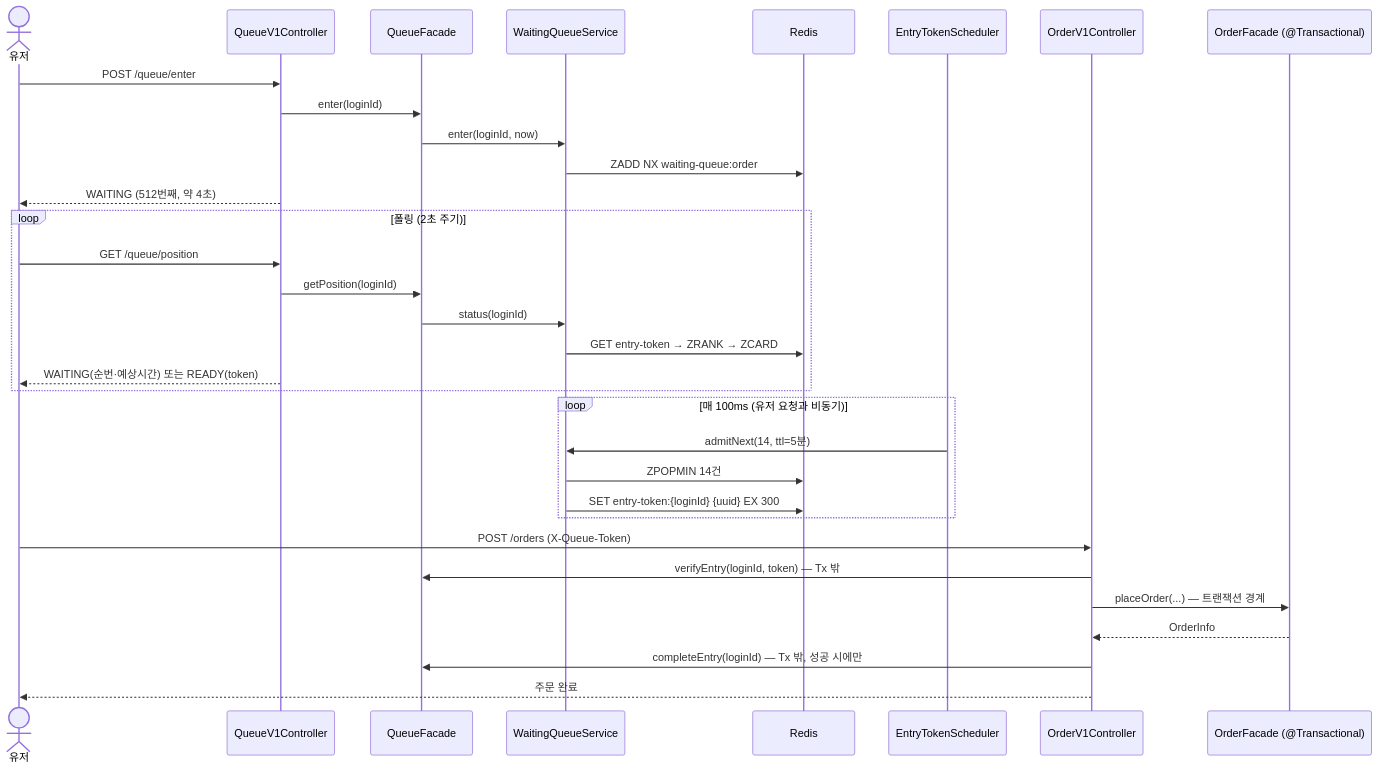
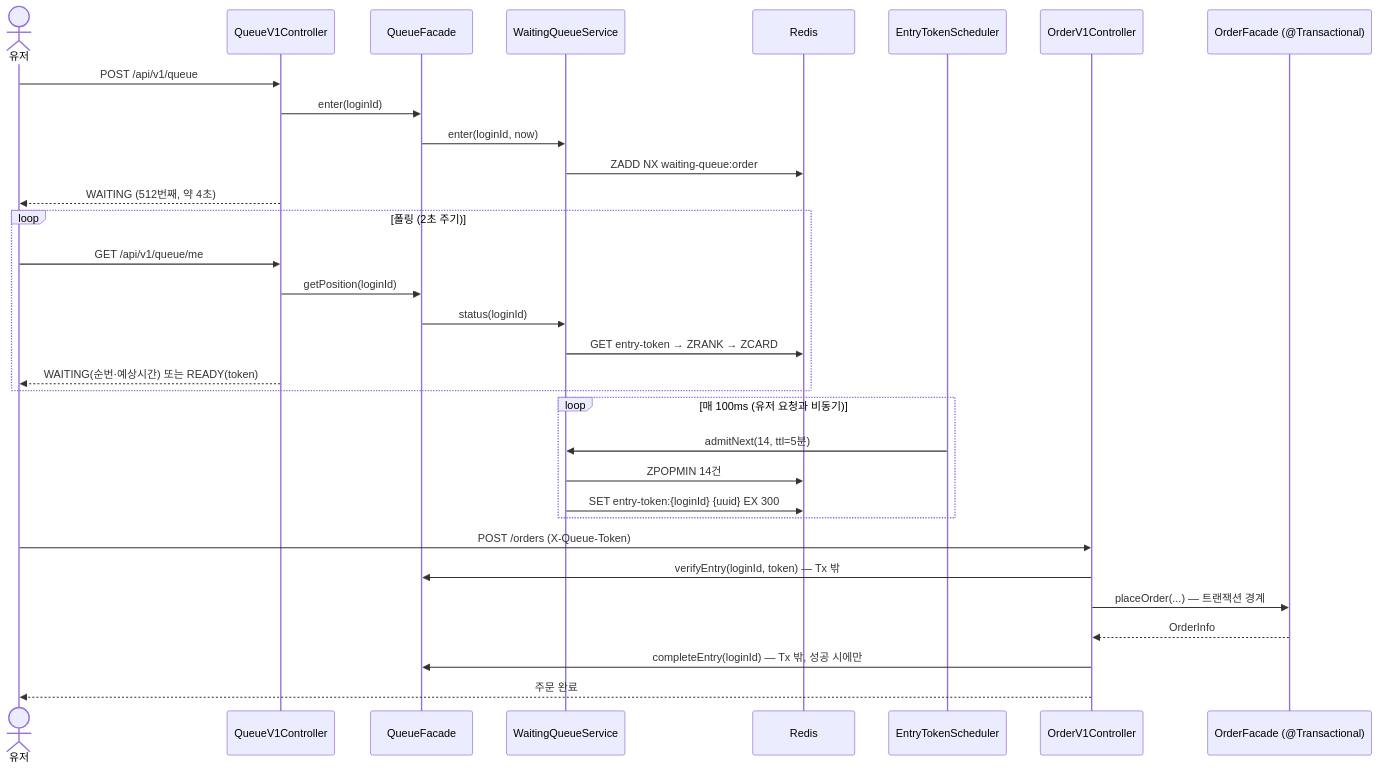
Before and after one commit to loopers-labs/loop-pack-be-l2-vol4-kotlin: the second of 3 diagrams in .docs/week8/queue-design.md, drawn with Mermaid. The commit also changed other lines of this file and 1 other file, not shown here.

````diff
--- a/.docs/week8/queue-design.md
+++ b/.docs/week8/queue-design.md
@@ -75,38 +75,38 @@
 ```mermaid
 sequenceDiagram
     actor U as 유저
     participant Q as QueueV1Controller
     participant QF as QueueFacade
     participant WQ as WaitingQueueService
     participant R as Redis
     participant S as EntryTokenScheduler
     participant O as OrderV1Controller
     participant OF as OrderFacade (@Transactional)
 
-    U->>Q: POST /queue/enter
+    U->>Q: POST /api/v1/queue
     Q->>QF: enter(loginId)
     QF->>WQ: enter(loginId, now)
     WQ->>R: ZADD NX waiting-queue:order
     Q-->>U: WAITING (512번째, 약 4초)
 
     loop 폴링 (2초 주기)
-        U->>Q: GET /queue/position
+        U->>Q: GET /api/v1/queue/me
         Q->>QF: getPosition(loginId)
         QF->>WQ: status(loginId)
         WQ->>R: GET entry-token → ZRANK → ZCARD
         Q-->>U: WAITING(순번·예상시간) 또는 READY(token)
     end
 
     loop 매 100ms (유저 요청과 비동기)
         S->>WQ: admitNext(14, ttl=5분)
         WQ->>R: ZPOPMIN 14건
         WQ->>R: SET entry-token:{loginId} {uuid} EX 300
     end
 
     U->>O: POST /orders (X-Queue-Token)
     O->>QF: verifyEntry(loginId, token) — Tx 밖
     O->>OF: placeOrder(...) — 트랜잭션 경계
     OF-->>O: OrderInfo
     O->>QF: completeEntry(loginId) — Tx 밖, 성공 시에만
     O-->>U: 주문 완료
 ```
````
